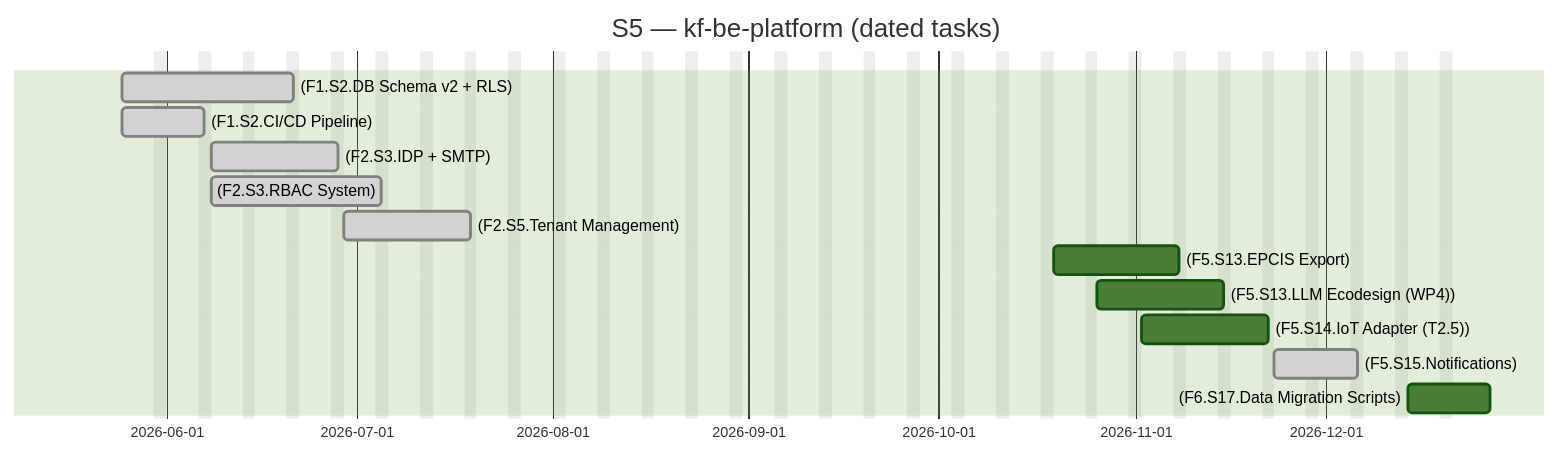
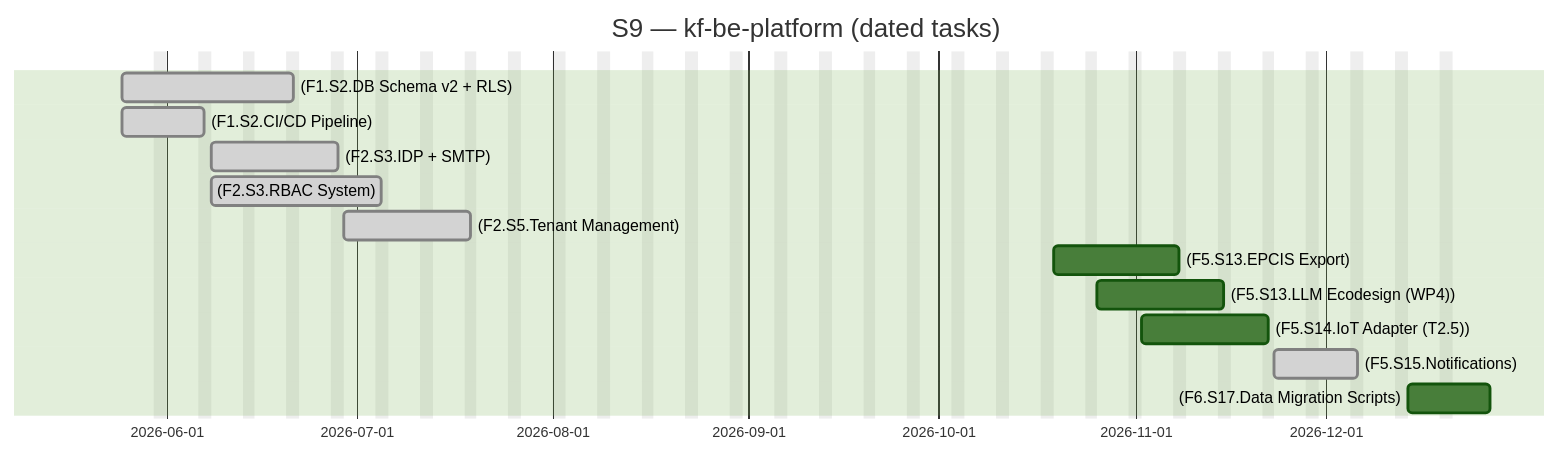
One commit to Katty-Fashion/kf-cpto changed the second of 2 diagrams in docs/_projects/kf-be-platform.md. Above: the diagram before and after it, drawn with Mermaid (forest theme). The commit also changed other lines of this file and 56 other files, not shown here.

````diff
--- a/docs/_projects/kf-be-platform.md
+++ b/docs/_projects/kf-be-platform.md
@@ -84,17 +82,17 @@
 ```mermaid
 gantt
-    title S5 — kf-be-platform (dated tasks)
+    title S9 — kf-be-platform (dated tasks)
     dateFormat YYYY-MM-DD
     excludes weekends
 
     (F1.S2.DB Schema v2 + RLS) :done, 2026-05-25, 2026-06-21
     (F1.S2.CI/CD Pipeline) :done, 2026-05-25, 2026-06-07
     (F2.S3.IDP + SMTP) :done, 2026-06-08, 2026-06-28
     (F2.S3.RBAC System) :done, 2026-06-08, 2026-07-05
     (F2.S5.Tenant Management) :done, 2026-06-29, 2026-07-19
     (F5.S13.EPCIS Export) :2026-10-19, 2026-11-08
     (F5.S13.LLM Ecodesign (WP4)) :2026-10-26, 2026-11-15
     (F5.S14.IoT Adapter (T2.5)) :2026-11-02, 2026-11-22
     (F5.S15.Notifications) :done, 2026-11-23, 2026-12-06
     (F6.S17.Data Migration Scripts) :2026-12-14, 2026-12-27
 ```
````
